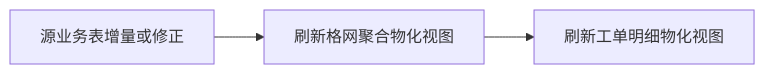
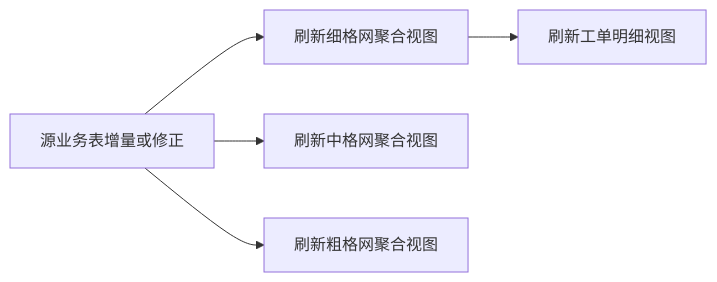
The second of 2 diagrams in Blog/mvt-webgl_heatmap-ccl/01-数据层-双物化视图.md (zheyi420/Dev-Wiki), drawn with Mermaid before and after one commit. The commit also changed other lines of this file and 2 other files, not shown here.

````diff
--- a/Blog/mvt-webgl_heatmap-ccl/01-数据层-双物化视图.md
+++ b/Blog/mvt-webgl_heatmap-ccl/01-数据层-双物化视图.md
@@ -143,8 +215,12 @@
 ```mermaid
 flowchart LR
   sourceUpdate[源业务表增量或修正]
-  refreshGrid[刷新格网聚合物化视图]
-  refreshOrder[刷新工单明细物化视图]
-  sourceUpdate --> refreshGrid
-  refreshGrid --> refreshOrder
+  refreshFine[刷新细格网聚合视图]
+  refreshMid[刷新中格网聚合视图]
+  refreshCoarse[刷新粗格网聚合视图]
+  refreshOrder[刷新工单明细视图]
+  sourceUpdate --> refreshFine
+  sourceUpdate --> refreshMid
+  sourceUpdate --> refreshCoarse
+  refreshFine --> refreshOrder
 ```
````
